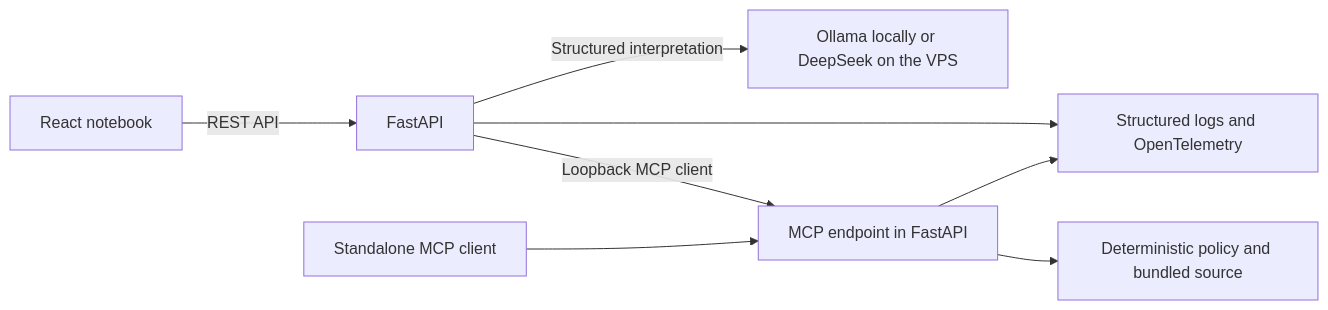
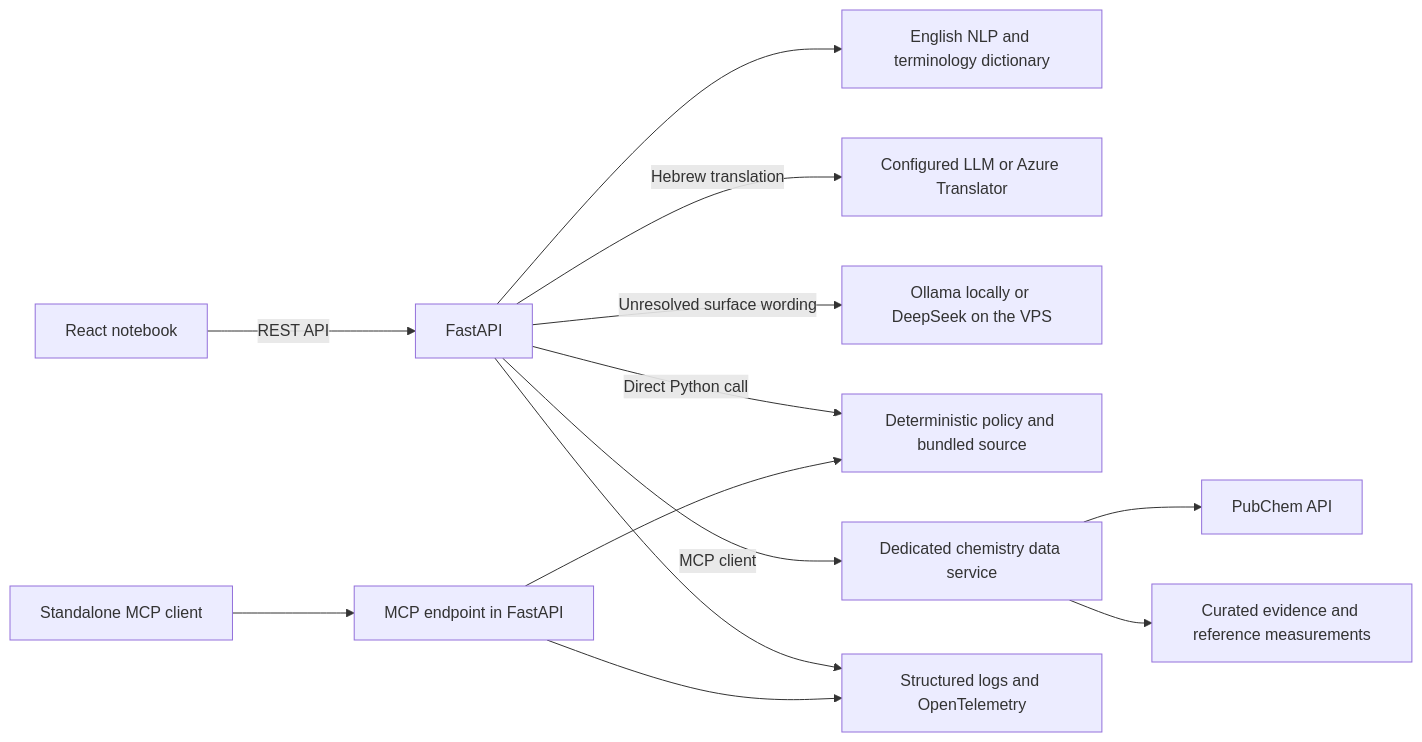
Before and after one commit to ShyAlon/chem-ai: the diagram in docs/architecture.md, drawn with Mermaid. The commit also changed other lines of this file and 94 other files, not shown here.

````diff
--- a/docs/architecture.md
+++ b/docs/architecture.md
@@ -7,10 +9,16 @@
 ```mermaid
 flowchart LR
     Browser["React notebook"] -->|"REST API"| API["FastAPI"]
-    API -->|"Structured interpretation"| LLM["Ollama locally or DeepSeek on the VPS"]
-    API -->|"Loopback MCP client"| MCP["MCP endpoint in FastAPI"]
+    API --> Dictionary["English NLP and terminology dictionary"]
+    API -->|"Hebrew translation"| Translation["Configured LLM or Azure Translator"]
+    API -->|"Unresolved surface wording"| LLM["Ollama locally or DeepSeek on the VPS"]
+    API -->|"Direct Python call"| Policy["Deterministic policy and bundled source"]
+    MCP["MCP endpoint in FastAPI"]
     Client["Standalone MCP client"] --> MCP
-    MCP --> Policy["Deterministic policy and bundled source"]
+    MCP --> Policy
+    API -->|"MCP client"| Knowledge["Dedicated chemistry data service"]
+    Knowledge --> PubChem["PubChem API"]
+    Knowledge --> Evidence["Curated evidence and reference measurements"]
     API --> Telemetry["Structured logs and OpenTelemetry"]
     MCP --> Telemetry
 ```
````
